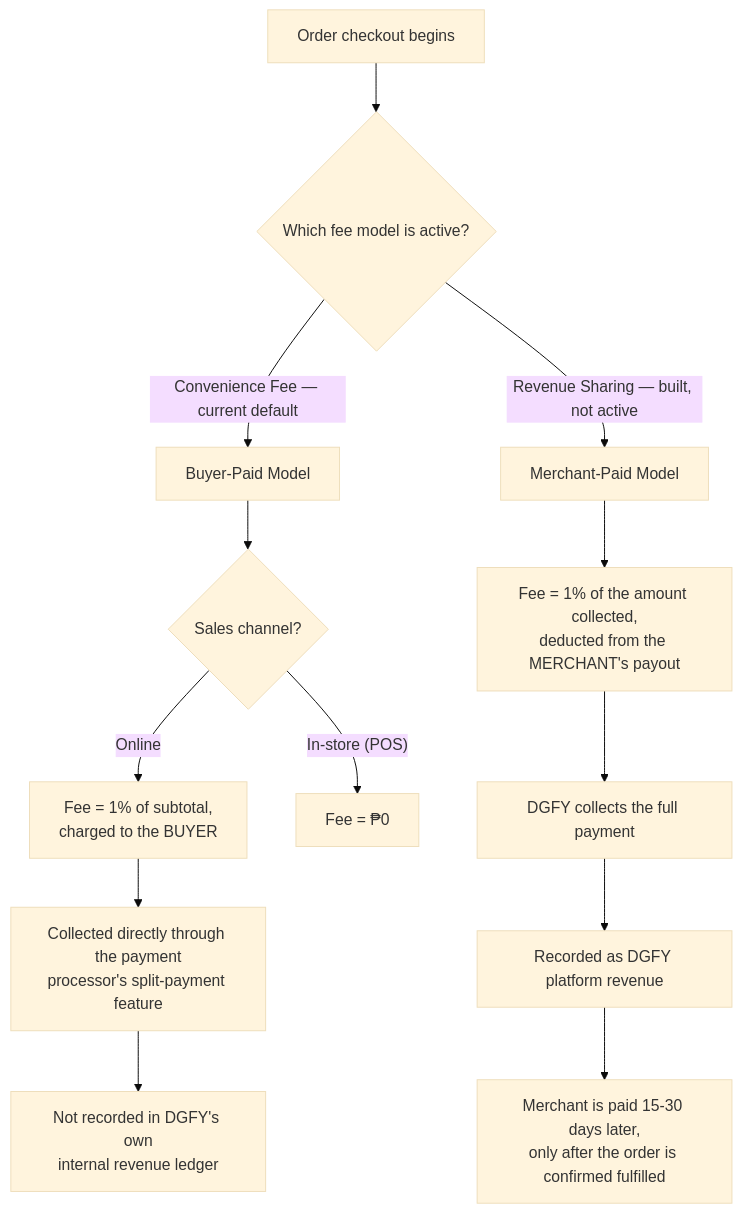
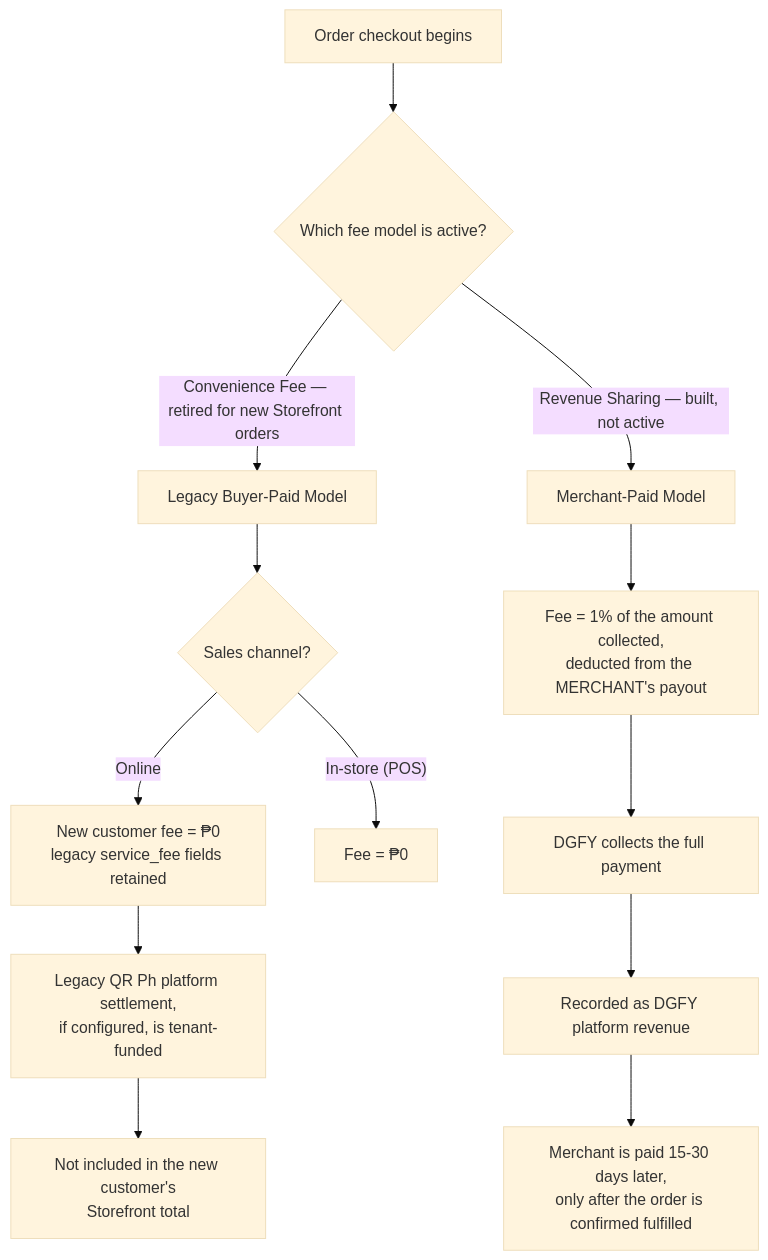
Before and after one commit to joshh-25/POS-DGFY: the first of 3 diagrams in docs/features/FUNDING_AND_DISCOUNT_STACKING_STAKEHOLDER_BRIEF.md, drawn with Mermaid (base theme). The commit also changed other lines of this file and 30 other files, not shown here.

````diff
--- a/docs/features/FUNDING_AND_DISCOUNT_STACKING_STAKEHOLDER_BRIEF.md
+++ b/docs/features/FUNDING_AND_DISCOUNT_STACKING_STAKEHOLDER_BRIEF.md
@@ -46,17 +47,17 @@
 ```mermaid
 flowchart TD
     A["Order checkout begins"] --> B{"Which fee model is active?"}
-    B -->|"Convenience Fee — current default"| C["Buyer-Paid Model"]
+    B -->|"Convenience Fee — retired for new Storefront orders"| C["Legacy Buyer-Paid Model"]
     B -->|"Revenue Sharing — built, not active"| D["Merchant-Paid Model"]
 
     C --> C1{"Sales channel?"}
-    C1 -->|"Online"| C2["Fee = 1% of subtotal,<br/>charged to the BUYER"]
+    C1 -->|"Online"| C2["New customer fee = ₱0<br/>legacy service_fee fields retained"]
     C1 -->|"In-store (POS)"| C3["Fee = ₱0"]
-    C2 --> C4["Collected directly through the payment<br/>processor's split-payment feature"]
-    C4 --> C5["Not recorded in DGFY's own<br/>internal revenue ledger"]
+    C2 --> C4["Legacy QR Ph platform settlement,<br/>if configured, is tenant-funded"]
+    C4 --> C5["Not included in the new customer's<br/>Storefront total"]
 
     D --> D1["Fee = 1% of the amount collected,<br/>deducted from the MERCHANT's payout"]
     D1 --> D2["DGFY collects the full payment"]
     D2 --> D3["Recorded as DGFY platform revenue"]
     D3 --> D4["Merchant is paid 15-30 days later,<br/>only after the order is confirmed fulfilled"]
 ```
````
